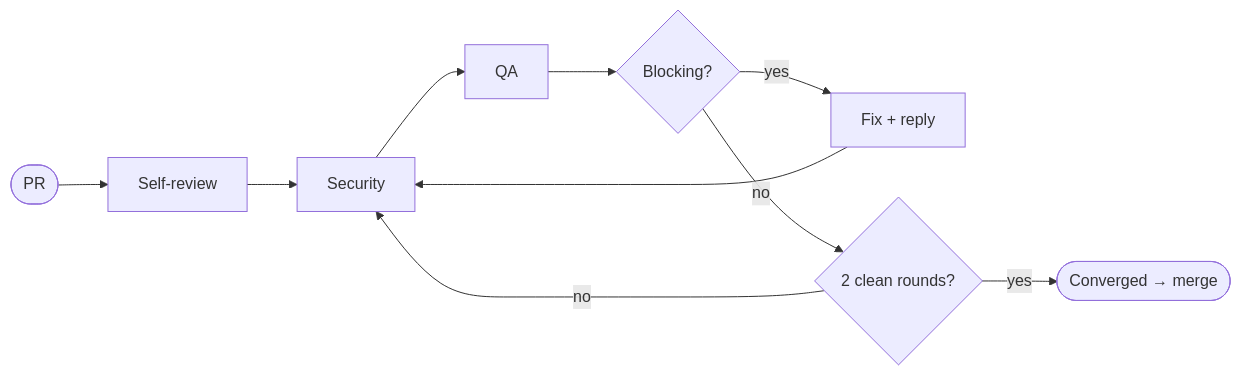
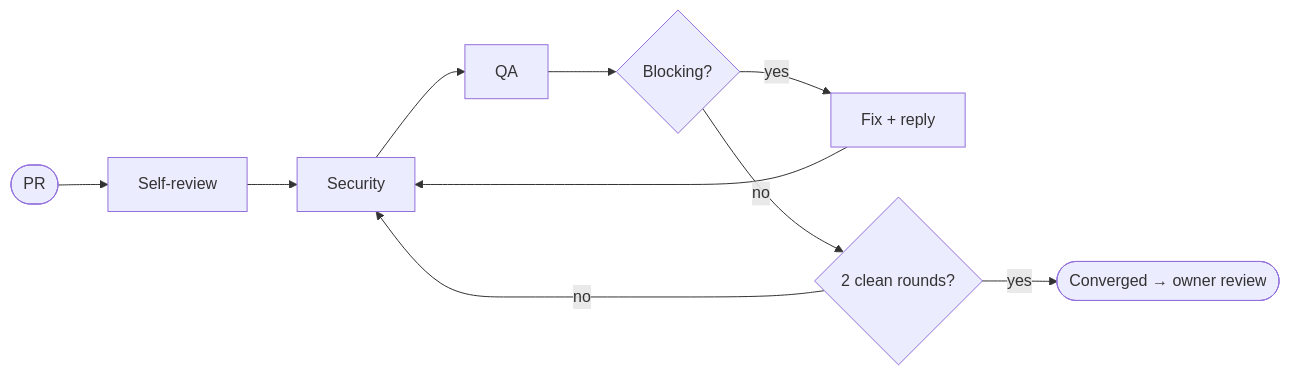
Before and after one commit to Losers-Lab/tahirs-list: diagram 11 of 12 in docs/process/feature-workflow.md, drawn with Mermaid. The commit also changed other lines of this file and 2 other files, not shown here.

Commit message:
docs: Gate owner review on specialist rounds

````diff
--- a/docs/process/feature-workflow.md
+++ b/docs/process/feature-workflow.md
@@ -364,9 +364,9 @@
 ```mermaid
 flowchart LR
   P([PR]) --> R0[Self-review] --> R1[Security] --> R2[QA]
   R2 --> B{Blocking?}
   B -- yes --> F[Fix + reply] --> R1
   B -- no --> C{2 clean rounds?}
   C -- no --> R1
-  C -- yes --> OK([Converged → merge])
+  C -- yes --> OK([Converged → owner review])
 ```
````
